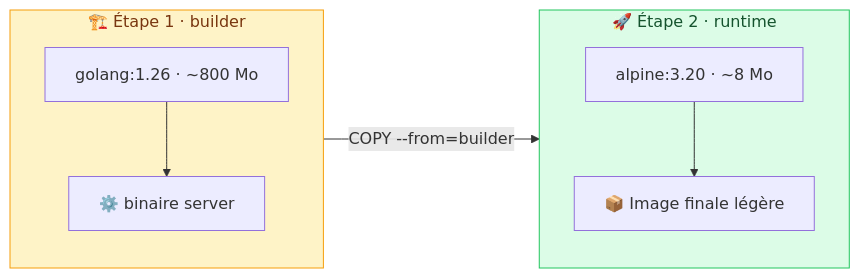
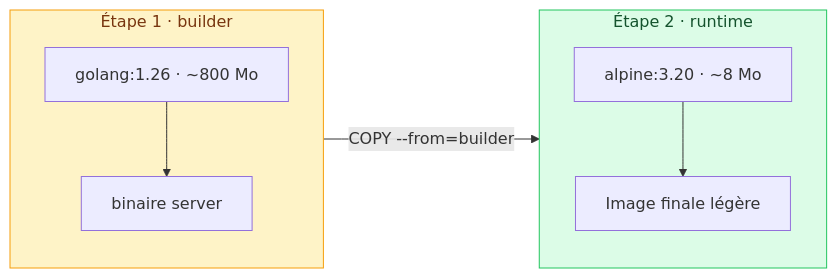
One commit to GoobyWoobies/HEIA-IT changed the fourth of 4 diagrams in methodologie-securite-it/docker/04-dockerfile.md. Above: the diagram before and after it, drawn with Mermaid. The commit also changed other lines of this file and 24 other files, not shown here.

````diff
--- a/methodologie-securite-it/docker/04-dockerfile.md
+++ b/methodologie-securite-it/docker/04-dockerfile.md
@@ -265,15 +265,15 @@
 ```mermaid
 flowchart LR
-    subgraph S1["🏗️ Étape 1 · builder"]
+    subgraph S1["Étape 1 · builder"]
         direction TB
-        G["golang:1.26 · ~800 Mo"] --> BIN["⚙️ binaire server"]
+        G["golang:1.26 · ~800 Mo"] --> BIN["binaire server"]
     end
-    subgraph S2["🚀 Étape 2 · runtime"]
+    subgraph S2["Étape 2 · runtime"]
         direction TB
-        AL["alpine:3.20 · ~8 Mo"] --> FINAL["📦 Image finale légère"]
+        AL["alpine:3.20 · ~8 Mo"] --> FINAL["Image finale légère"]
     end
     BIN -->|"COPY --from=builder"| FINAL
 
     style S1 fill:#fef3c7,stroke:#f59e0b,color:#78350f
     style S2 fill:#dcfce7,stroke:#22c55e,color:#14532d
 ```
````
